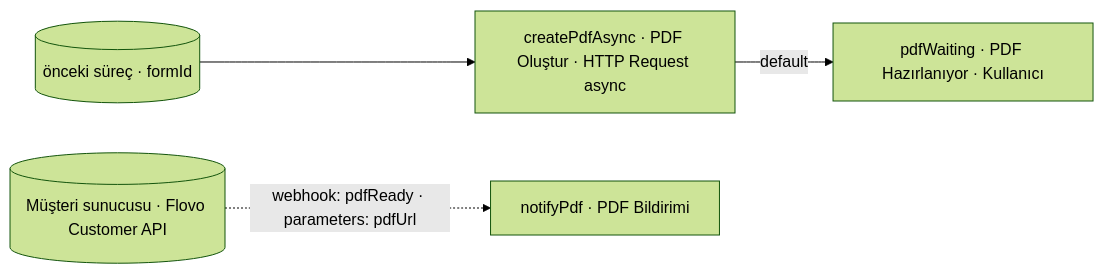
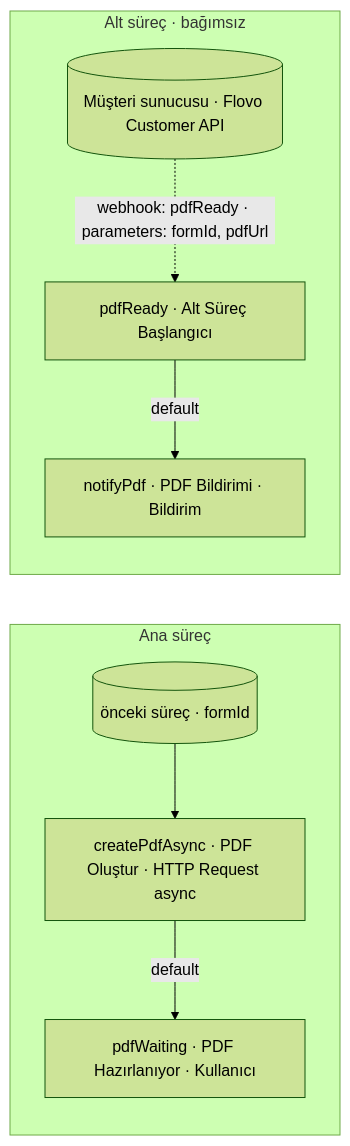
One commit to hiveteamsai/flovo-bpm-doc changed the diagram in bpmEngine/sampleProcess/createPdfAsync/process.md. Above: the diagram before and after it, drawn with Mermaid (forest theme). The commit also changed other lines of this file and 21 other files, not shown here.

First line of the commit message:
v0.6 — Alt Süreç Başlangıcı adımı, parentWorkFlowId & açık soruların todo.md'de merkezileştirilmesi

````diff
--- a/bpmEngine/sampleProcess/createPdfAsync/process.md
+++ b/bpmEngine/sampleProcess/createPdfAsync/process.md
@@ -13,6 +17,11 @@
 ```mermaid
 flowchart LR
-  prev[(önceki süreç · formId)] --> pdf[createPdfAsync · PDF Oluştur · HTTP Request async]
-  pdf -->|default| wait[pdfWaiting · PDF Hazırlanıyor · Kullanıcı]
-  ext[(Müşteri sunucusu · Flovo Customer API)] -. "webhook: pdfReady · parameters: pdfUrl" .-> notify[notifyPdf · PDF Bildirimi]
+  subgraph main[Ana süreç]
+    prev[(önceki süreç · formId)] --> pdf[createPdfAsync · PDF Oluştur · HTTP Request async]
+    pdf -->|default| wait[pdfWaiting · PDF Hazırlanıyor · Kullanıcı]
+  end
+  subgraph sub[Alt süreç · bağımsız]
+    ext[(Müşteri sunucusu · Flovo Customer API)] -. "webhook: pdfReady · parameters: formId, pdfUrl" .-> start[pdfReady · Alt Süreç Başlangıcı]
+    start -->|default| notify[notifyPdf · PDF Bildirimi · Bildirim]
+  end
 ```
````
